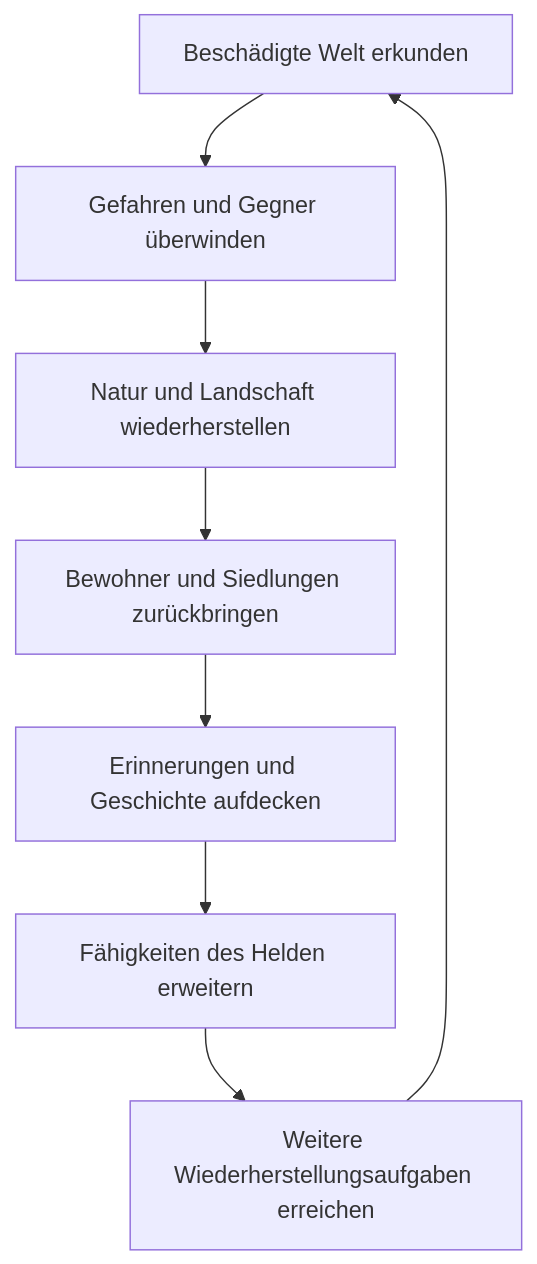
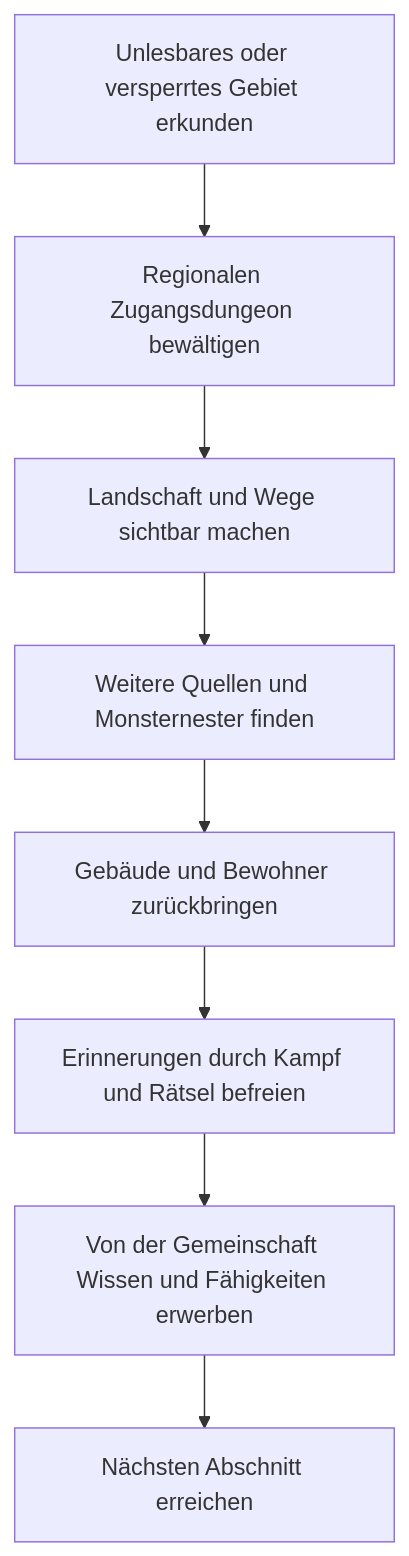
Before and after one commit to kleiveist/EtherFood: the diagram in docs/content/de/00-overview/core-loop.md, drawn with Mermaid. The commit also changed other lines of this file and 55 other files, not shown here.

Commit message:
📚 Consolidate German game flow and story assets

````diff
--- a/docs/content/de/00-overview/core-loop.md
+++ b/docs/content/de/00-overview/core-loop.md
@@ -31,10 +31,10 @@
 ```mermaid
 flowchart TD
-    A["Beschädigte Welt erkunden"] --> B["Gefahren und Gegner überwinden"]
-    B --> C["Natur und Landschaft wiederherstellen"]
-    C --> D["Bewohner und Siedlungen zurückbringen"]
-    D --> E["Erinnerungen und Geschichte aufdecken"]
-    E --> F["Fähigkeiten des Helden erweitern"]
-    F --> G["Weitere Wiederherstellungsaufgaben erreichen"]
-    G --> A
+    A["Unlesbares oder versperrtes Gebiet erkunden"] --> B["Regionalen Zugangsdungeon bewältigen"]
+    B --> C["Landschaft und Wege sichtbar machen"]
+    C --> D["Weitere Quellen und Monsternester finden"]
+    D --> E["Gebäude und Bewohner zurückbringen"]
+    E --> F["Erinnerungen durch Kampf und Rätsel befreien"]
+    F --> G["Von der Gemeinschaft Wissen und Fähigkeiten erwerben"]
+    G --> H["Nächsten Abschnitt erreichen"]
 ```
````
